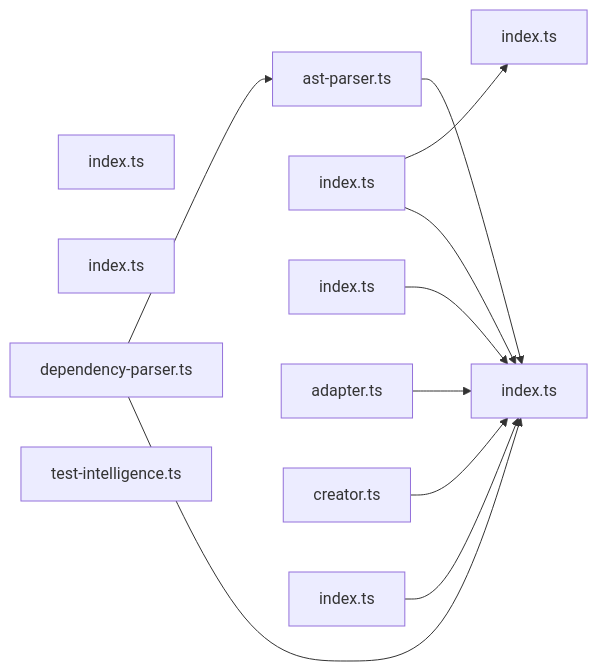
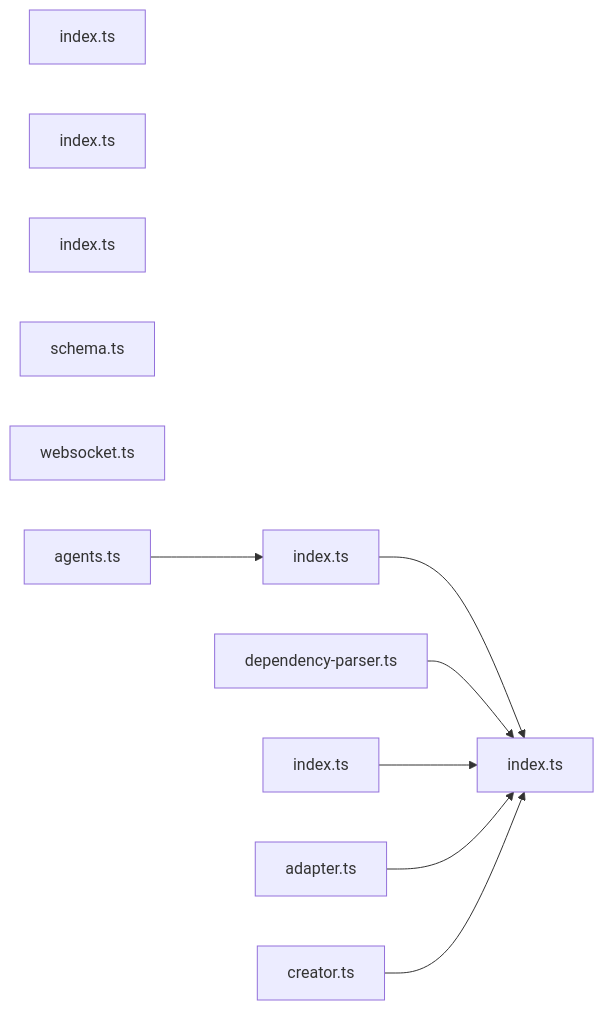
One commit to dayashimoga/pgos changed the seventh of 7 diagrams in .guardian/ai-pos/AI_REPOSITORY_BRAIN.md. Above: the diagram before and after it, drawn with Mermaid. The commit also changed other lines of this file and 5 other files, not shown here.

Commit message:
fix: isolate function call graph and dependency graph to completely prevent test/mock pollution in function callers and coupling metrics

````diff
--- a/.guardian/ai-pos/AI_REPOSITORY_BRAIN.md
+++ b/.guardian/ai-pos/AI_REPOSITORY_BRAIN.md
@@ -763,24 +742,21 @@
 ```mermaid
 graph LR
     N0["index.ts"]
-    N1["ast-parser.ts"]
+    N1["index.ts"]
     N2["index.ts"]
     N3["index.ts"]
     N4["index.ts"]
-    N5["index.ts"]
-    N6["index.ts"]
-    N7["dependency-parser.ts"]
-    N8["test-intelligence.ts"]
-    N9["adapter.ts"]
-    N10["creator.ts"]
+    N5["adapter.ts"]
+    N6["dependency-parser.ts"]
+    N7["creator.ts"]
+    N8["schema.ts"]
+    N9["websocket.ts"]
+    N10["agents.ts"]
     N11["index.ts"]
+    N10 --> N11
     N11 --> N0
-    N1 --> N0
+    N6 --> N0
+    N4 --> N0
+    N5 --> N0
     N7 --> N0
-    N7 --> N1
-    N4 --> N0
-    N4 --> N2
-    N5 --> N0
-    N9 --> N0
-    N10 --> N0
 ```
````
